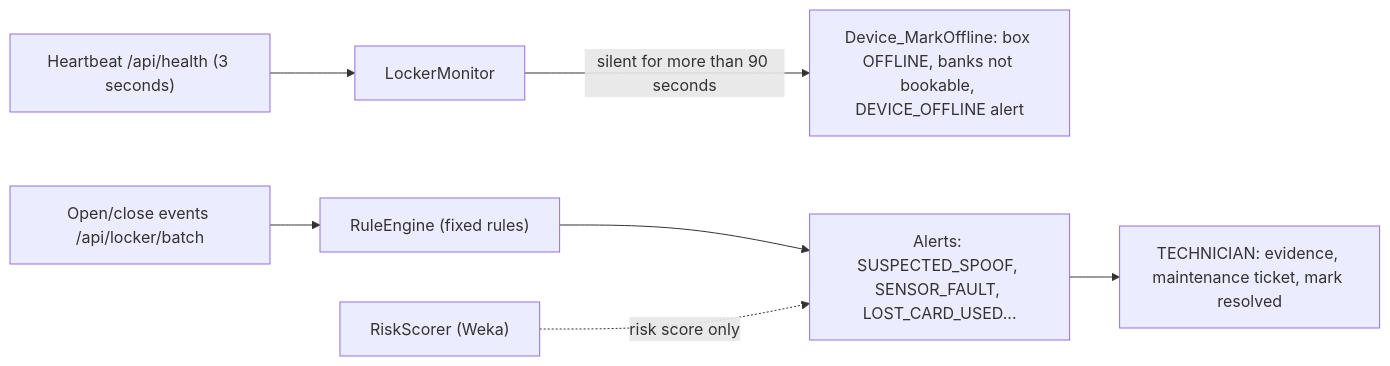
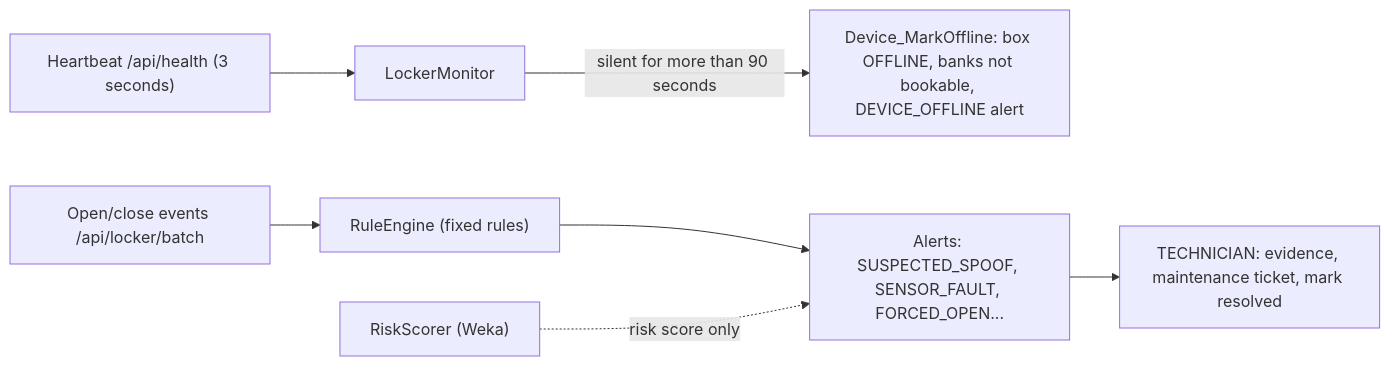
Before and after one commit to HoangDuc1003/SmartLocker: the third of 4 diagrams in README.en.md, drawn with Mermaid. The commit also changed other lines of this file and 69 other files, not shown here.

````diff
--- a/README.en.md
+++ b/README.en.md
@@ -353,9 +362,9 @@
 ```mermaid
 flowchart LR
     HB["Heartbeat /api/health (3 seconds)"] --> LM["LockerMonitor"]
     LM -->|"silent for more than 90 seconds"| OFF["Device_MarkOffline: box OFFLINE, banks not bookable, DEVICE_OFFLINE alert"]
     EV["Open/close events /api/locker/batch"] --> RE["RuleEngine (fixed rules)"]
-    RE --> AL["Alerts: SUSPECTED_SPOOF, SENSOR_FAULT, LOST_CARD_USED..."]
+    RE --> AL["Alerts: SUSPECTED_SPOOF, SENSOR_FAULT, FORCED_OPEN..."]
     RS["RiskScorer (Weka)"] -.->|"risk score only"| AL
     AL --> T["TECHNICIAN: evidence, maintenance ticket, mark resolved"]
 ```
````
